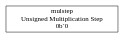
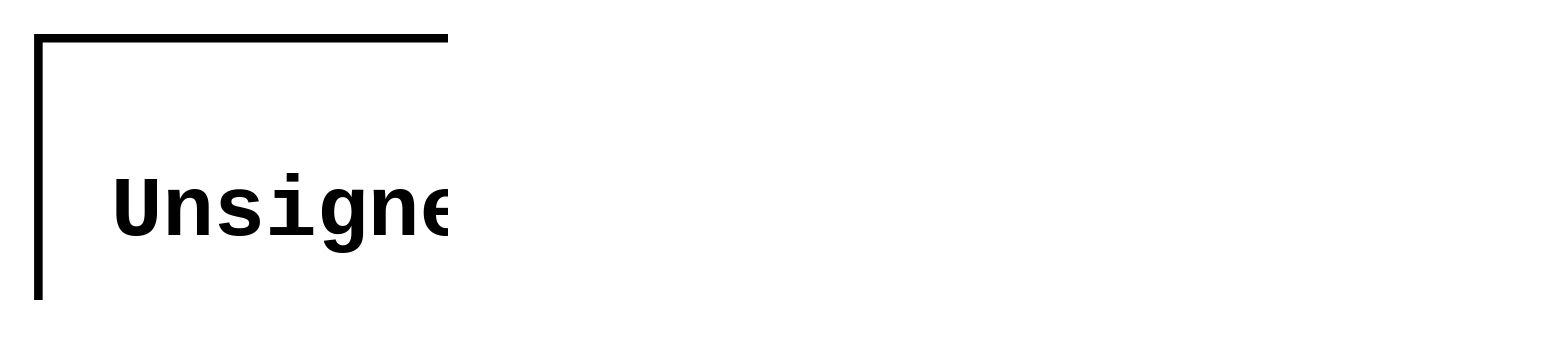
Before and after one commit to eignnx/SPRIND: the diagram in assets/graphs/rrr.dot, drawn with Graphviz. The commit also changed 19 other files, not shown here.

```diff
--- a/assets/graphs/rrr.dot
+++ b/assets/graphs/rrr.dot
@@ -1,5 +1,6 @@
 digraph "Format rrr" {
-  "mulstep_13462336" [label = "mulstep
-Unsigned Multiplication Step
-0b`0", shape = rectangle];
+  graph [dpi = 300, bgcolor="white"];
+  node [fontname = "Courier-Bold", fontsize="10pt"];
+  edge [fontname = "Courier-Bold"];
+  "mulstep_13462336" [label = "mulstep\nUnsigned Multiplication Step\n0b`0", shape = rectangle];
 }
```
